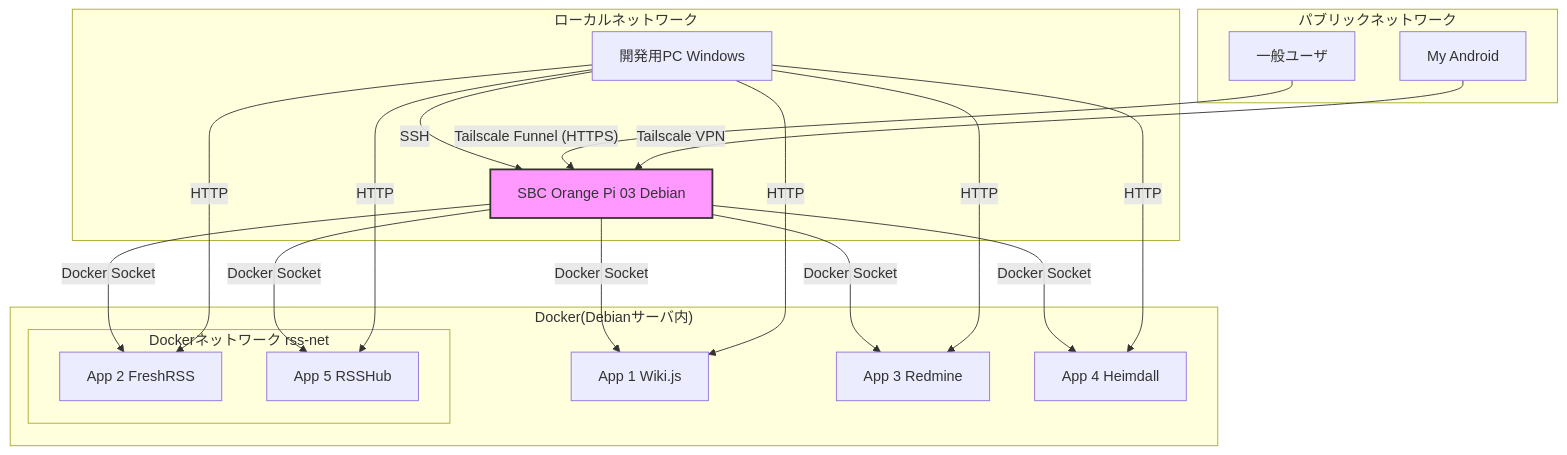
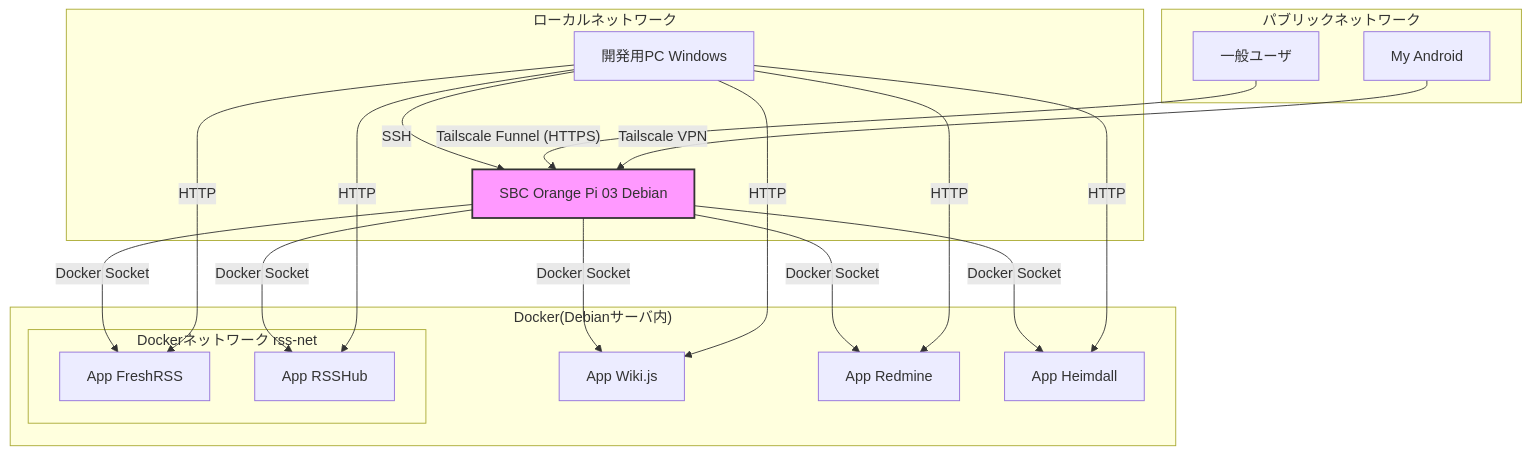
One commit to qack-dev/homelab changed the first of 2 diagrams in README.md. Above: the diagram before and after it, drawn with Mermaid.

````diff
--- a/README.md
+++ b/README.md
@@ -20,34 +20,34 @@
 ```mermaid
 graph TD
     subgraph "パブリックネットワーク"
         J[一般ユーザ]
         K[My Android]
     end
     subgraph "ローカルネットワーク"
         A[開発用PC Windows]
         B[SBC Orange Pi 03 Debian]
     end
     subgraph "Docker(Debianサーバ内)"
-        D[App 1 Wiki.js]
-        F[App 3 Redmine]
-        G[App 4 Heimdall]
+        D[App Wiki.js]
+        F[App Redmine]
+        G[App Heimdall]
         subgraph "Dockerネットワーク rss-net"
-            E[App 2 FreshRSS]
-            H[App 5 RSSHub]
+            E[App FreshRSS]
+            H[App RSSHub]
         end
     end
     A -- SSH --> B
     B -- Docker Socket --> D
     B -- Docker Socket --> E
     B -- Docker Socket --> F
     B -- Docker Socket --> G
     B -- Docker Socket --> H
     A -- HTTP --> D
     A -- HTTP --> E
     A -- HTTP --> F
     A -- HTTP --> G
     A -- HTTP --> H
     J -- Tailscale Funnel (HTTPS) --> B
     K -- Tailscale VPN --> B
     style B fill:#f9f,stroke:#333,stroke-width:2px
 ```
````
